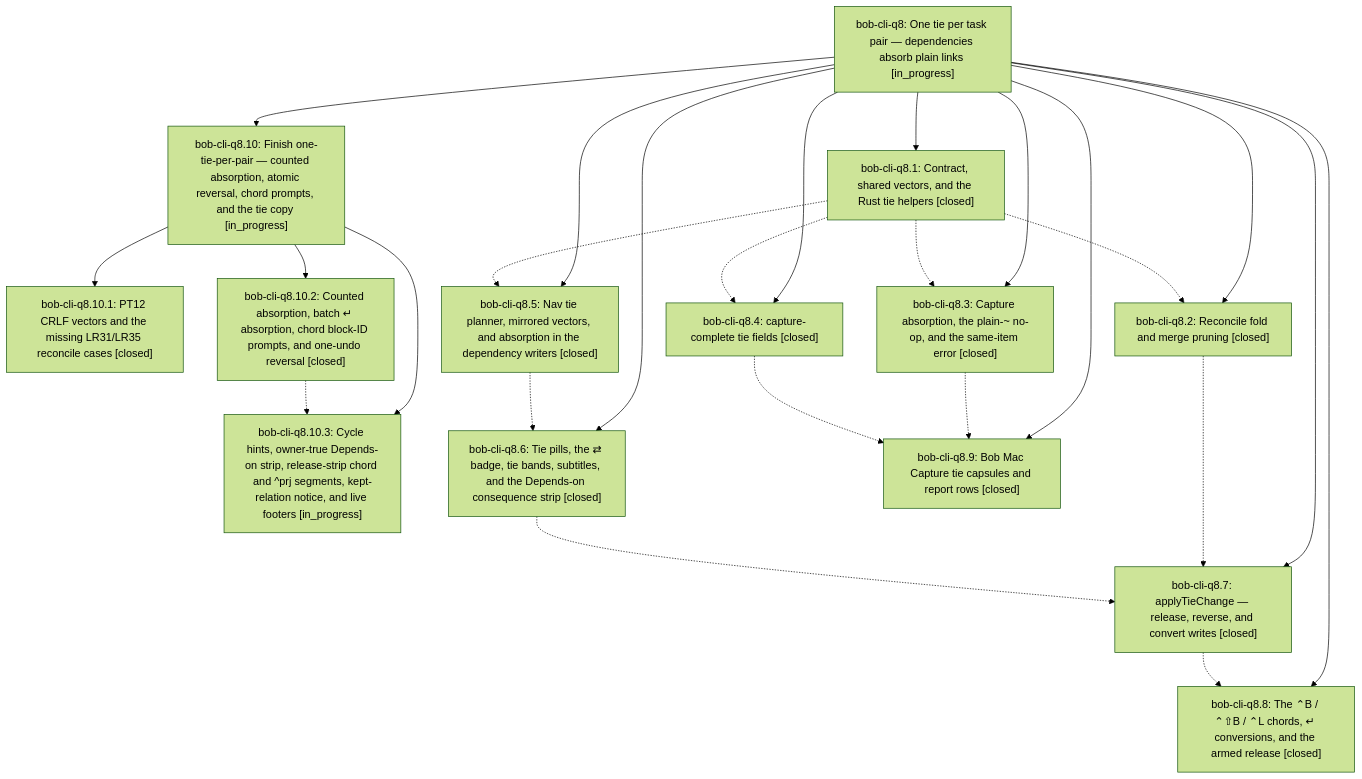
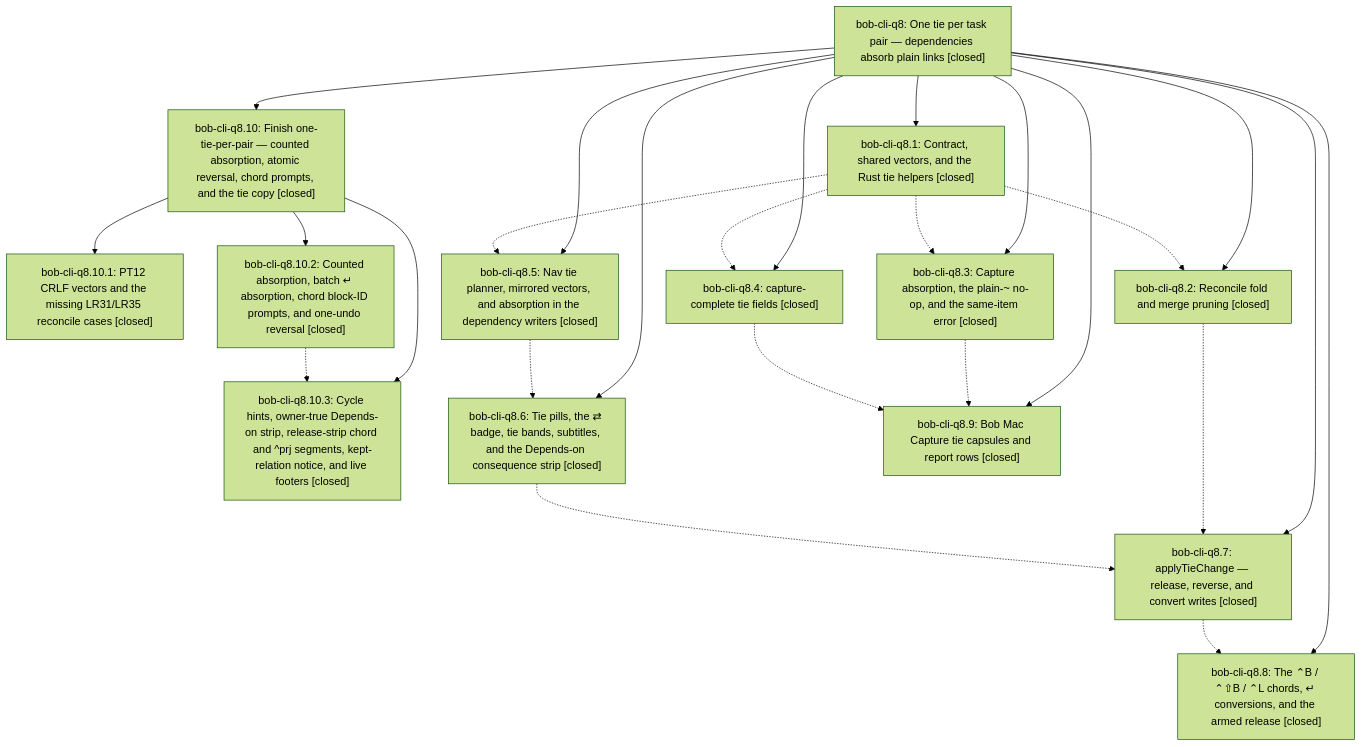
The diagram in pages/bob-cli-q8/README.md (bobs-org/bob-cli--beads), drawn with Mermaid (forest theme) before and after one commit. The commit also changed other lines of this file and 4 other files, not shown here.

First line of the commit message:
chore(beads): sync bead state and pages for bob-cli-q8

````diff
--- a/pages/bob-cli-q8/README.md
+++ b/pages/bob-cli-q8/README.md
@@ -50,41 +54,41 @@
 ```mermaid
 flowchart TD
-    n0["bob-cli-q8: One tie per task pair — dependencies absorb plain links [in_progress]"]
+    n0["bob-cli-q8: One tie per task pair — dependencies absorb plain links [closed]"]
     n1["bob-cli-q8.1: Contract, shared vectors, and the Rust tie helpers [closed]"]
-    n2["bob-cli-q8.10: Finish one-tie-per-pair — counted absorption, atomic reversal, chord prompts, and the tie copy [in_progress]"]
+    n2["bob-cli-q8.10: Finish one-tie-per-pair — counted absorption, atomic reversal, chord prompts, and the tie copy [closed]"]
     n3["bob-cli-q8.10.1: PT12 CRLF vectors and the missing LR31/LR35 reconcile cases [closed]"]
     n4["bob-cli-q8.10.2: Counted absorption, batch ↵ absorption, chord block-ID prompts, and one-undo reversal [closed]"]
-    n5["bob-cli-q8.10.3: Cycle hints, owner-true Depends-on strip, release-strip chord and ^prj segments, kept-relation notice, and live footers [in_progress]"]
+    n5["bob-cli-q8.10.3: Cycle hints, owner-true Depends-on strip, release-strip chord and ^prj segments, kept-relation notice, and live footers [closed]"]
     n6["bob-cli-q8.2: Reconcile fold and merge pruning [closed]"]
     n7["bob-cli-q8.3: Capture absorption, the plain-~ no-op, and the same-item error [closed]"]
     n8["bob-cli-q8.4: capture-complete tie fields [closed]"]
     n9["bob-cli-q8.5: Nav tie planner, mirrored vectors, and absorption in the dependency writers [closed]"]
     n10["bob-cli-q8.6: Tie pills, the ⇄ badge, tie bands, subtitles, and the Depends-on consequence strip [closed]"]
     n11["bob-cli-q8.7: applyTieChange — release, reverse, and convert writes [closed]"]
     n12["bob-cli-q8.8: The ⌃B / ⌃⇧B / ⌃L chords, ↵ conversions, and the armed release [closed]"]
     n13["bob-cli-q8.9: Bob Mac Capture tie capsules and report rows [closed]"]
     n0 --> n1
     n0 --> n2
     n2 --> n3
     n2 --> n4
     n2 --> n5
     n0 --> n6
     n0 --> n7
     n0 --> n8
     n0 --> n9
     n0 --> n10
     n0 --> n11
     n0 --> n12
     n0 --> n13
     n1 -.-> n6
     n1 -.-> n7
     n1 -.-> n8
     n1 -.-> n9
     n4 -.-> n5
     n6 -.-> n11
     n7 -.-> n13
     n8 -.-> n13
     n9 -.-> n10
     n10 -.-> n11
     n11 -.-> n12
 ```
````
